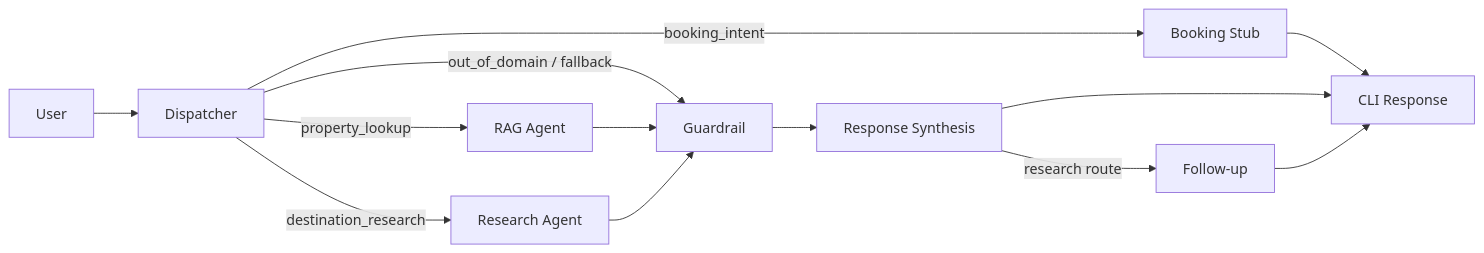
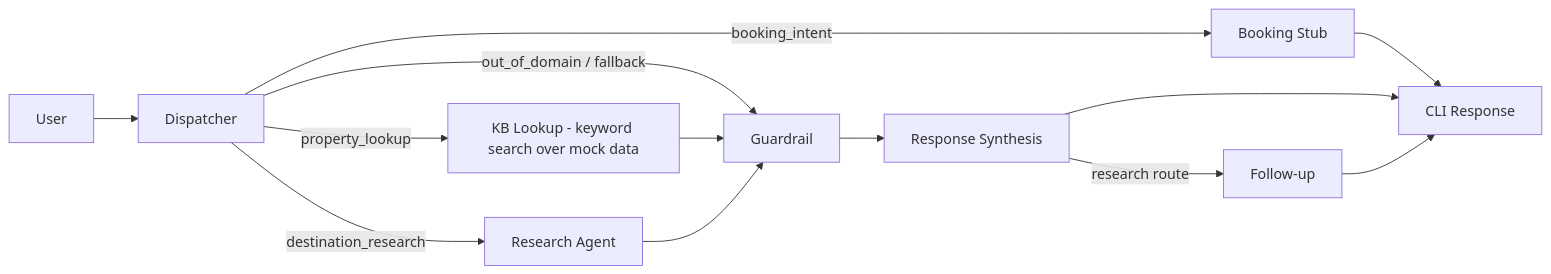
The diagram in README.md (vospr/LangGraph-AI-Concierge), drawn with Mermaid before and after one commit. The commit also changed other lines of this file and 1 other file, not shown here.

First line of the commit message:
docs: README says keyword lookup over mock data (not RAG), real test counts, eval table

````diff
--- a/README.md
+++ b/README.md
@@ -5,15 +5,15 @@
 ```mermaid
 flowchart LR
     U[User] --> D[Dispatcher]
-    D -->|property_lookup| RAG[RAG Agent]
+    D -->|property_lookup| RAG[KB Lookup - keyword search over mock data]
     D -->|destination_research| RES[Research Agent]
     D -->|booking_intent| BK[Booking Stub]
     D -->|out_of_domain / fallback| G[Guardrail]
     RAG --> G
     RES --> G
     BK --> OUT[CLI Response]
     G --> SYN[Response Synthesis]
     SYN -->|research route| F[Follow-up]
     SYN --> OUT
     F --> OUT
 ```
````
